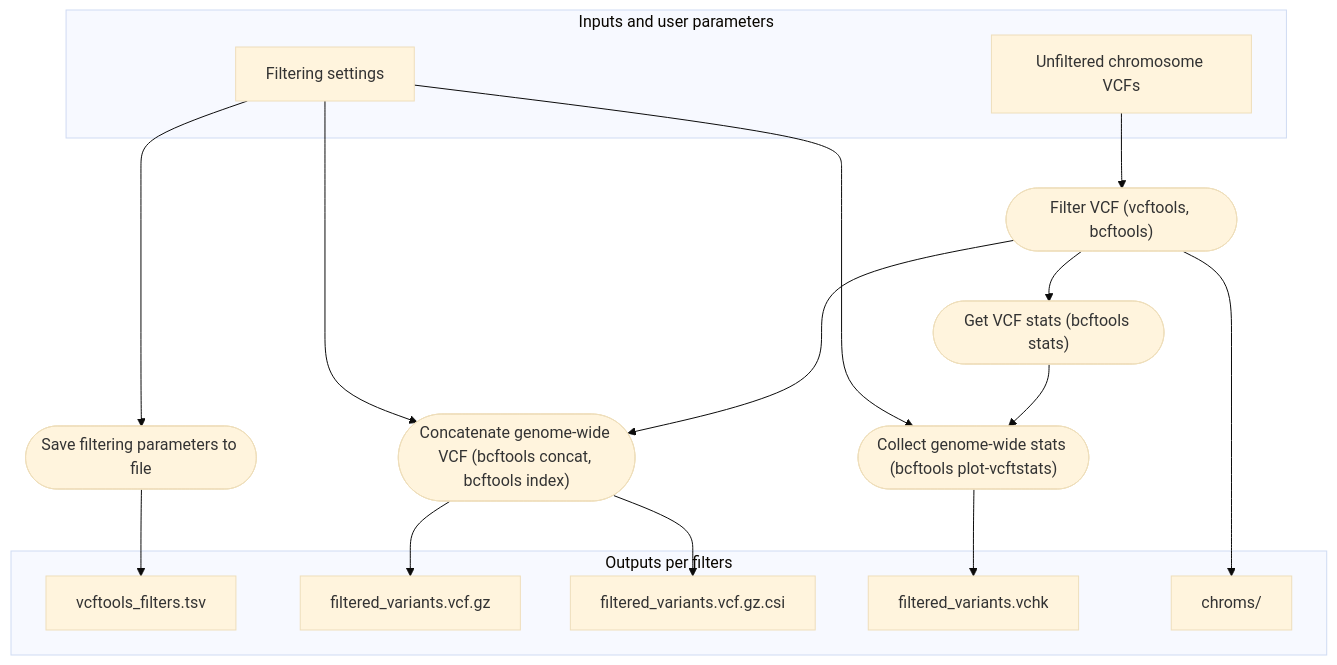
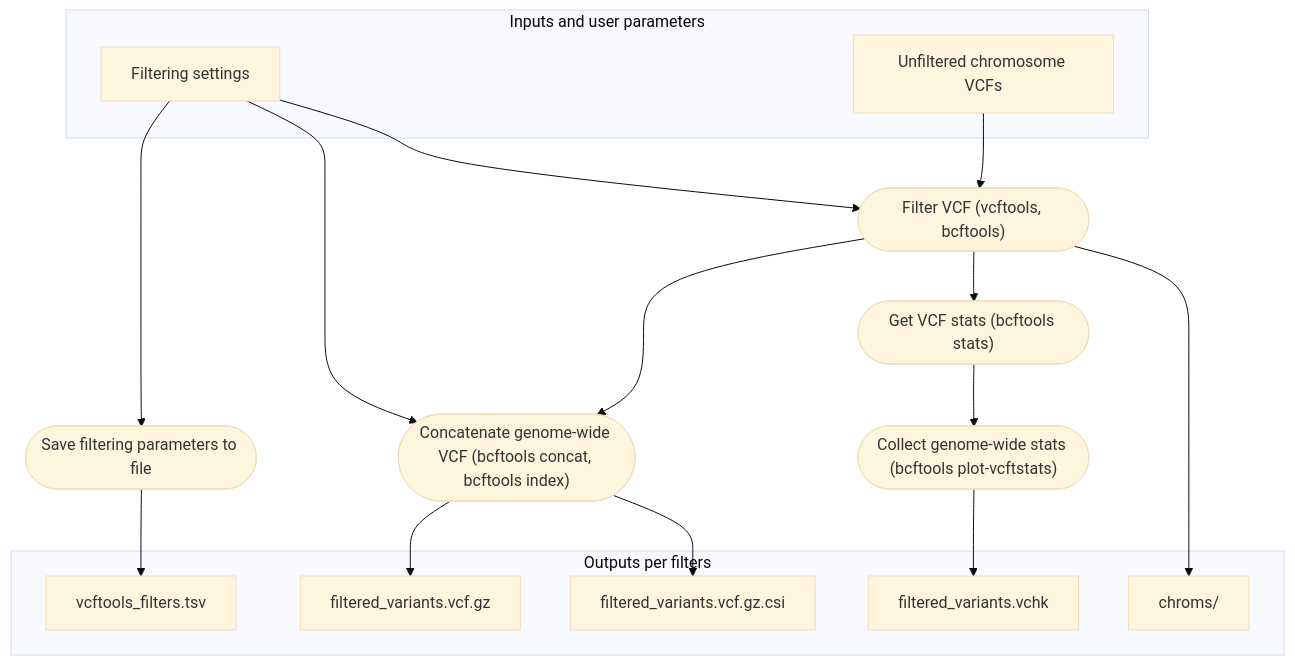
Before and after one commit to EcoEvoGenomics/genotyping_pipeline: the fourth of 5 diagrams in README.md, drawn with Mermaid (base theme).

Commit message:
Update mermaid flowchart for Step 4 in README.md

````diff
--- a/README.md
+++ b/README.md
@@ -181,31 +181,31 @@
 ```mermaid
 flowchart TB
    subgraph "Inputs and user parameters"
    v5["Filtering settings"]
    v0["Unfiltered chromosome VCFs"]
    end
    v1(["Filter VCF (vcftools, bcftools)"])
    v3(["Get VCF stats (bcftools stats)"])
    v6(["Collect genome-wide stats (bcftools plot-vcftstats)"])
    v7(["Concatenate genome-wide VCF (bcftools concat, bcftools index)"])
    v8(["Save filtering parameters to file"])
    v0 --> v1
    v1 --> v3
    v3 --> v6
-   v5 --> v6
    v1 --> v7
    v5 --> v7
    v5 --> v8
+   v5 --> v1
    v8 --> v9
    v7 --> v10
    v7 --> v11
    v6 --> v12
    v1 --> v13
    subgraph "Outputs per filters"
    v9["vcftools_filters.tsv"]
    v10["filtered_variants.vcf.gz"]
    v11["filtered_variants.vcf.gz.csi"]
    v12["filtered_variants.vchk"]
    v13["chroms/"]
    end
 ```
````
